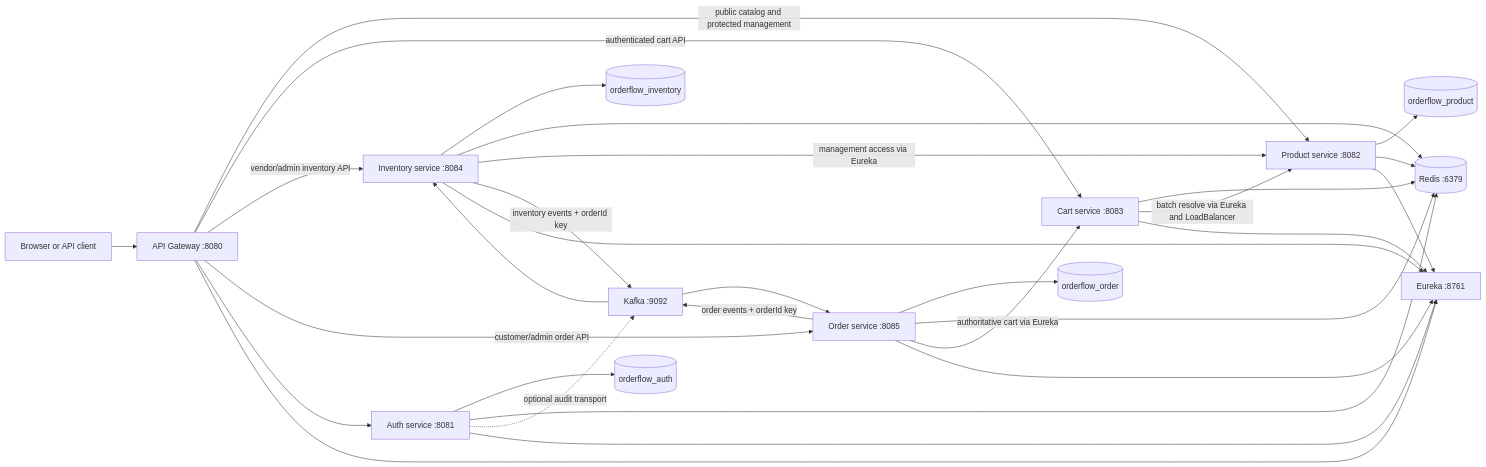
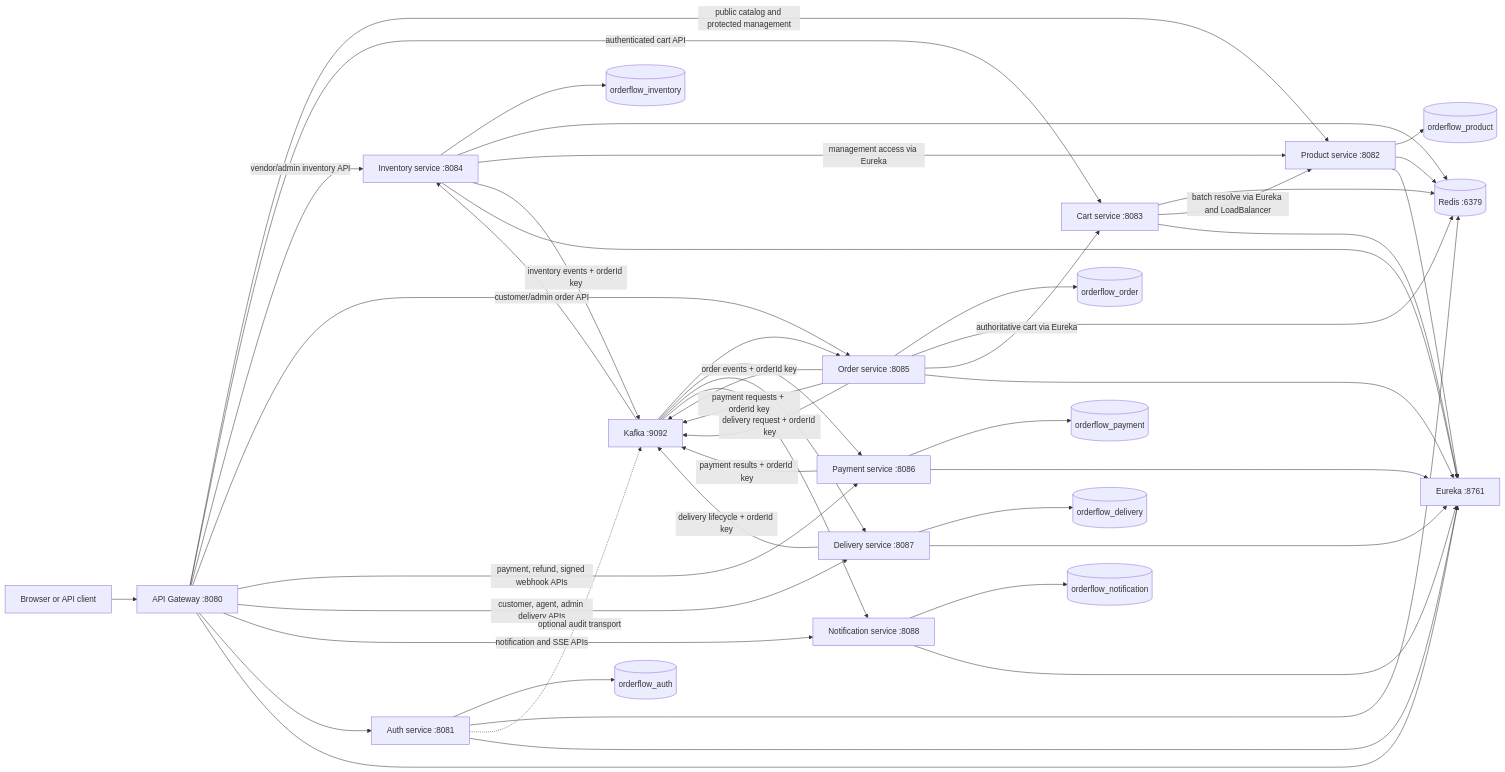
The first of 3 diagrams in orderflow/README.md (Roshan17431/OrderFlow), drawn with Mermaid before and after one commit. The commit also changed other lines of this file, not shown here.

````diff
--- a/orderflow/README.md
+++ b/orderflow/README.md
@@ -9,32 +14,48 @@
 ```mermaid
 flowchart LR
     Client["Browser or API client"] --> Gateway["API Gateway :8080"]
     Gateway -->|"public catalog and protected management"| Product["Product service :8082"]
     Gateway -->|"authenticated cart API"| Cart["Cart service :8083"]
     Gateway -->|"vendor/admin inventory API"| Inventory["Inventory service :8084"]
     Gateway -->|"customer/admin order API"| Order["Order service :8085"]
+    Gateway -->|"payment, refund, signed webhook APIs"| Payment["Payment service :8086"]
+    Gateway -->|"customer, agent, admin delivery APIs"| Delivery["Delivery service :8087"]
+    Gateway -->|"notification and SSE APIs"| Notification["Notification service :8088"]
     Gateway --> Auth["Auth service :8081"]
     Product --> ProductDB[("orderflow_product")]
     Inventory --> InventoryDB[("orderflow_inventory")]
     Order --> OrderDB[("orderflow_order")]
+    Payment --> PaymentDB[("orderflow_payment")]
+    Delivery --> DeliveryDB[("orderflow_delivery")]
+    Notification --> NotificationDB[("orderflow_notification")]
     Product --> Redis[("Redis :6379")]
     Cart --> Redis
     Inventory --> Redis
     Order --> Redis
     Cart -->|"batch resolve via Eureka and LoadBalancer"| Product
     Inventory -->|"management access via Eureka"| Product
     Order -->|"authoritative cart via Eureka"| Cart
     Order -->|"order events + orderId key"| Kafka["Kafka :9092"]
     Kafka --> Inventory
     Inventory -->|"inventory events + orderId key"| Kafka
     Kafka --> Order
+    Order -->|"payment requests + orderId key"| Kafka
+    Kafka --> Payment
+    Payment -->|"payment results + orderId key"| Kafka
+    Order -->|"delivery request + orderId key"| Kafka
+    Kafka --> Delivery
+    Delivery -->|"delivery lifecycle + orderId key"| Kafka
+    Kafka --> Notification
     Auth --> AuthDB[("orderflow_auth")]
     Auth --> Redis
     Auth -. "optional audit transport" .-> Kafka
     Gateway --> Eureka["Eureka :8761"]
     Auth --> Eureka
     Product --> Eureka
     Cart --> Eureka
     Inventory --> Eureka
     Order --> Eureka
+    Payment --> Eureka
+    Delivery --> Eureka
+    Notification --> Eureka
 ```
````
